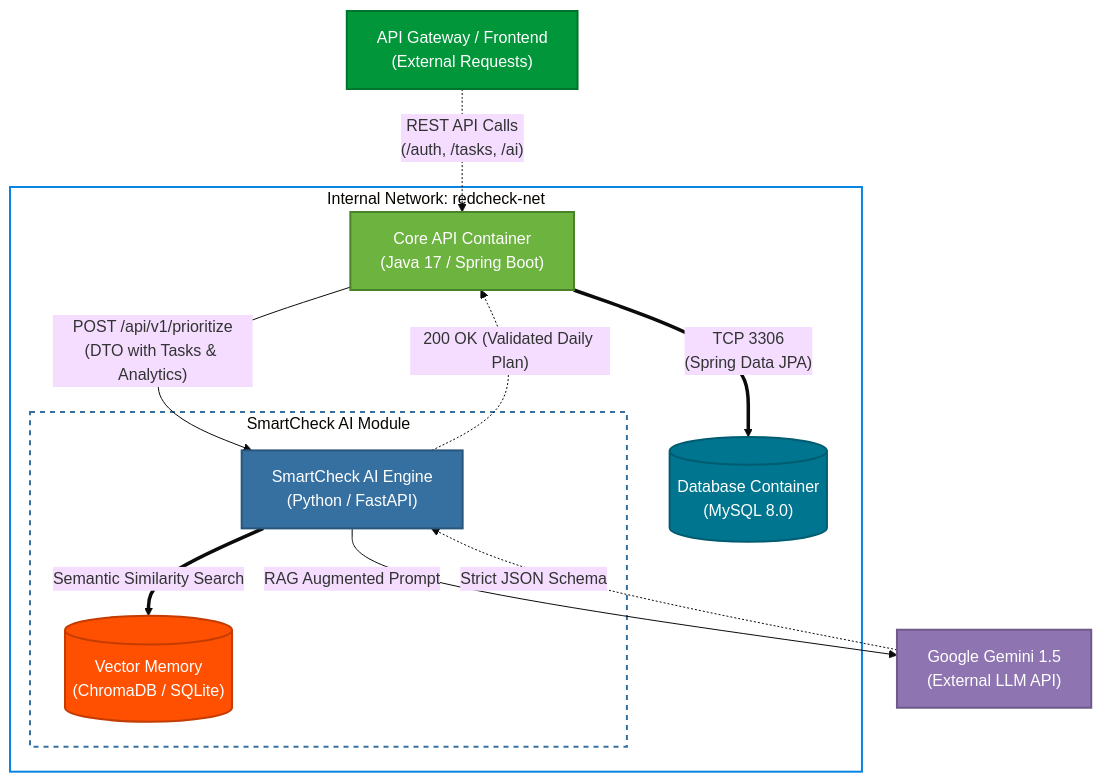
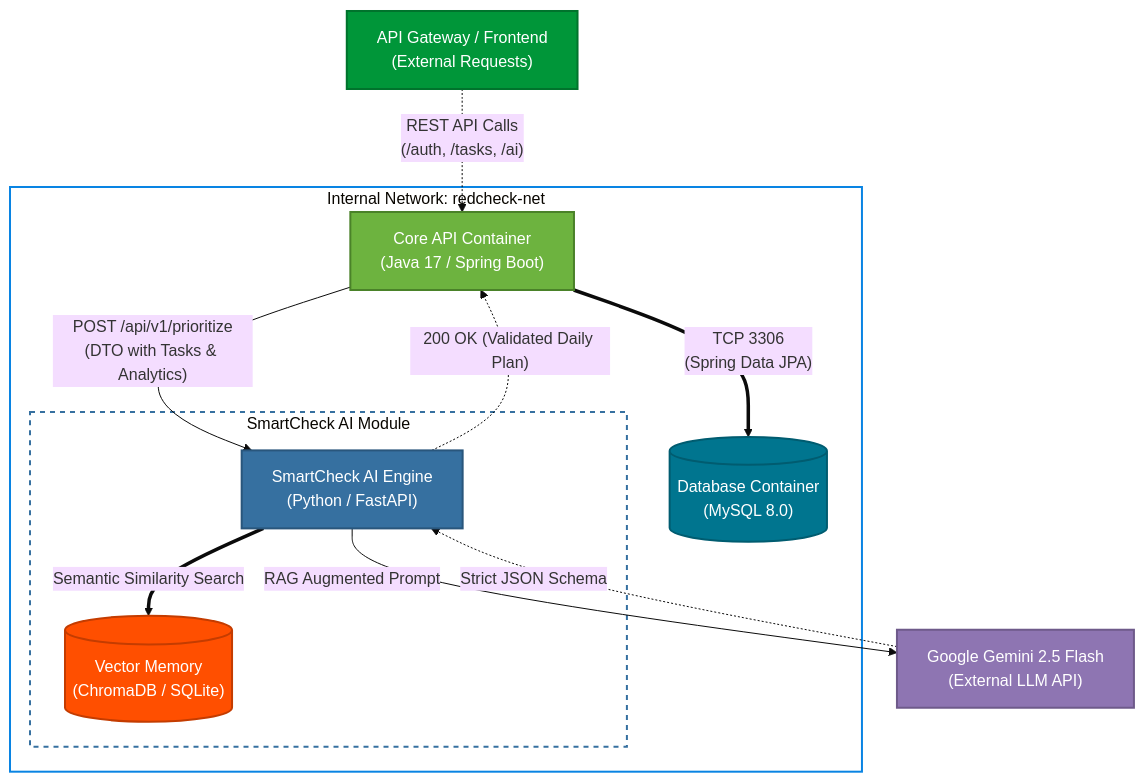
The diagram in README.md (redcheckapp/redcheck-backend), drawn with Mermaid (base theme) before and after one commit.

Commit message:
fix: Change Google Gemini version to 2.5 Flash
Updated the version of Google Gemini in the diagram.

````diff
--- a/README.md
+++ b/README.md
@@ -83,38 +83,38 @@
 ```mermaid
 graph TD
     %% Node Styles
     classDef proxy fill:#009639,stroke:#00732c,stroke-width:2px,color:#fff;
     classDef backend fill:#6DB33F,stroke:#4a8229,stroke-width:2px,color:#fff;
     classDef aiengine fill:#3670A0,stroke:#29567c,stroke-width:2px,color:#fff;
     classDef db fill:#00758F,stroke:#005c70,stroke-width:2px,color:#fff;
     classDef vector fill:#FF4F00,stroke:#c43c00,stroke-width:2px,color:#fff;
     classDef external fill:#8E75B2,stroke:#6e5a8a,stroke-width:2px,color:#fff;
 
     Gateway["API Gateway / Frontend<br>(External Requests)"]:::proxy
-    Gemini["Google Gemini 1.5<br>(External LLM API)"]:::external
+    Gemini["Google Gemini 2.5 Flash<br>(External LLM API)"]:::external
 
     %% Backend Isolation Network
     subgraph DockerNet ["Internal Network: redcheck-net"]
         style DockerNet fill:none,stroke:#0984e3,stroke-width:2px
         
         Spring["Core API Container<br>(Java 17 / Spring Boot)"]:::backend
         MySQL[("Database Container<br>(MySQL 8.0)")]:::db
 
         %% SmartCheck AI Sub-module
         subgraph AIModule ["SmartCheck AI Module"]
             style AIModule fill:none,stroke:#3670A0,stroke-width:2px,stroke-dasharray: 5 5
             
             SmartCheck["SmartCheck AI Engine<br>(Python / FastAPI)"]:::aiengine
             ChromaDB[("Vector Memory<br>(ChromaDB / SQLite)")]:::vector
         end
     end
 
     %% Flow
     Gateway -. "REST API Calls<br>(/auth, /tasks, /ai)" .-> Spring
     Spring == "TCP 3306<br>(Spring Data JPA)" ==> MySQL
     Spring -- "POST /api/v1/prioritize<br>(DTO with Tasks & Analytics)" --> SmartCheck
     SmartCheck == "Semantic Similarity Search" ==> ChromaDB
     SmartCheck -- "RAG Augmented Prompt" --> Gemini
     Gemini -. "Strict JSON Schema" .-> SmartCheck
     SmartCheck -. "200 OK (Validated Daily Plan)" .-> Spring
 ```
````
